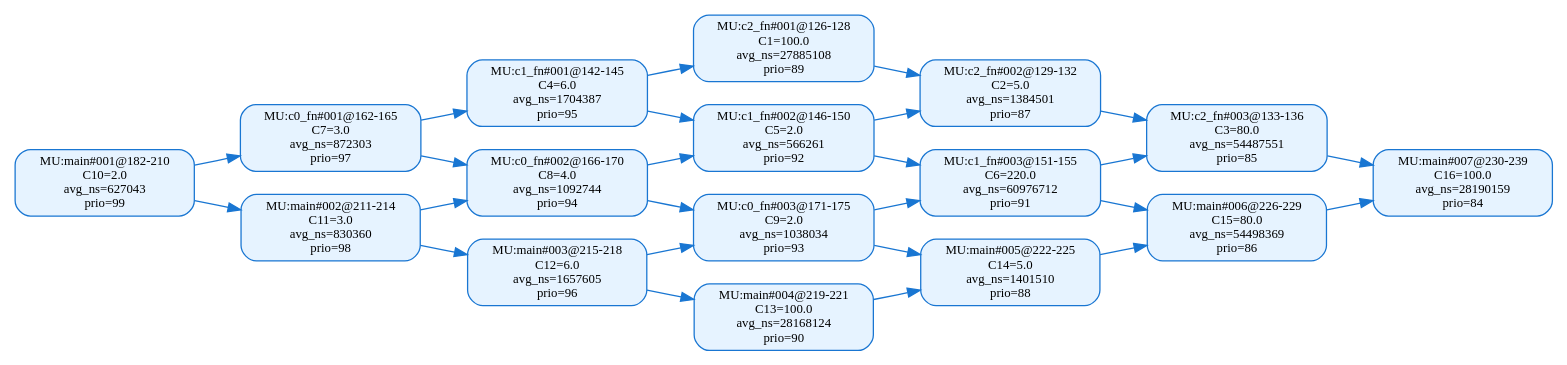
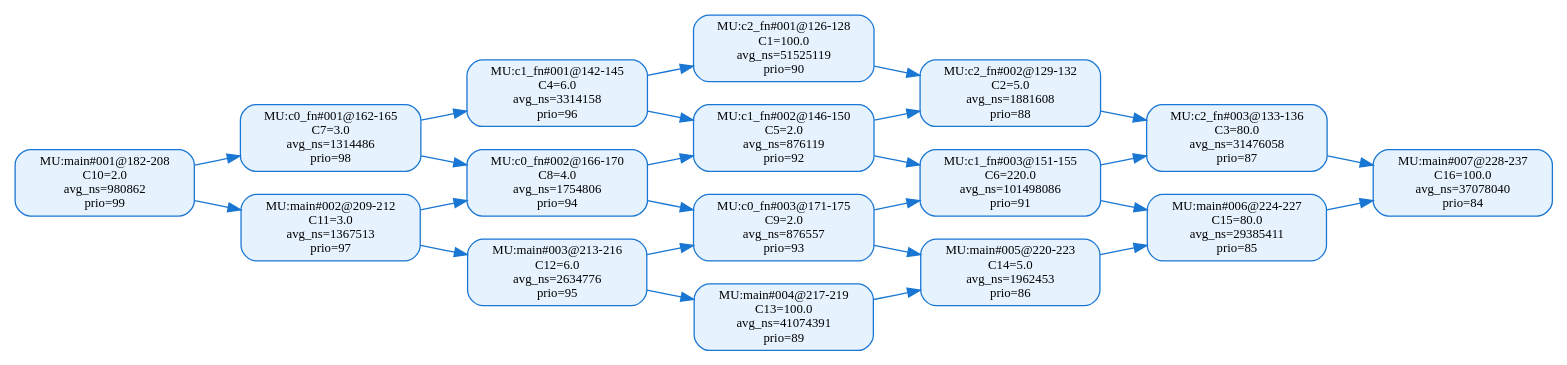
One commit to RTS-SYSU/DAG-Gen changed the diagram in 中间结果/zhang1/pipeline/validation/level2/effective_line_merge/heft/dag_seg_annotated_value.dot. Above: the diagram before and after it, drawn with Graphviz. The commit also changed 4464 other files, not shown here.

```diff
--- a/中间结果/zhang1/pipeline/validation/level2/effective_line_merge/heft/dag_seg_annotated_value.dot
+++ b/中间结果/zhang1/pipeline/validation/level2/effective_line_merge/heft/dag_seg_annotated_value.dot
@@ -1,45 +1,45 @@
 digraph dag_seg_annotated_value {
   rankdir=LR;
   node [shape=box, style="rounded,filled", fillcolor="#E6F3FF", color="#1976D2", fontsize=10];
   edge [color="#1976D2"];
-  "MU:c0_fn#001@162-165" [label="MU:c0_fn#001@162-165\nC7=3.0\navg_ns=872303\nprio=97"];
-  "MU:c0_fn#002@166-170" [label="MU:c0_fn#002@166-170\nC8=4.0\navg_ns=1092744\nprio=94"];
-  "MU:c0_fn#003@171-175" [label="MU:c0_fn#003@171-175\nC9=2.0\navg_ns=1038034\nprio=93"];
-  "MU:c1_fn#001@142-145" [label="MU:c1_fn#001@142-145\nC4=6.0\navg_ns=1704387\nprio=95"];
-  "MU:c1_fn#002@146-150" [label="MU:c1_fn#002@146-150\nC5=2.0\navg_ns=566261\nprio=92"];
-  "MU:c1_fn#003@151-155" [label="MU:c1_fn#003@151-155\nC6=220.0\navg_ns=60976712\nprio=91"];
-  "MU:c2_fn#001@126-128" [label="MU:c2_fn#001@126-128\nC1=100.0\navg_ns=27885108\nprio=89"];
-  "MU:c2_fn#002@129-132" [label="MU:c2_fn#002@129-132\nC2=5.0\navg_ns=1384501\nprio=87"];
-  "MU:c2_fn#003@133-136" [label="MU:c2_fn#003@133-136\nC3=80.0\navg_ns=54487551\nprio=85"];
-  "MU:main#001@182-210" [label="MU:main#001@182-210\nC10=2.0\navg_ns=627043\nprio=99"];
-  "MU:main#002@211-214" [label="MU:main#002@211-214\nC11=3.0\navg_ns=830360\nprio=98"];
-  "MU:main#003@215-218" [label="MU:main#003@215-218\nC12=6.0\navg_ns=1657605\nprio=96"];
-  "MU:main#004@219-221" [label="MU:main#004@219-221\nC13=100.0\navg_ns=28168124\nprio=90"];
-  "MU:main#005@222-225" [label="MU:main#005@222-225\nC14=5.0\navg_ns=1401510\nprio=88"];
-  "MU:main#006@226-229" [label="MU:main#006@226-229\nC15=80.0\navg_ns=54498369\nprio=86"];
-  "MU:main#007@230-239" [label="MU:main#007@230-239\nC16=100.0\navg_ns=28190159\nprio=84"];
+  "MU:c0_fn#001@162-165" [label="MU:c0_fn#001@162-165\nC7=3.0\navg_ns=1314486\nprio=98"];
+  "MU:c0_fn#002@166-170" [label="MU:c0_fn#002@166-170\nC8=4.0\navg_ns=1754806\nprio=94"];
+  "MU:c0_fn#003@171-175" [label="MU:c0_fn#003@171-175\nC9=2.0\navg_ns=876557\nprio=93"];
+  "MU:c1_fn#001@142-145" [label="MU:c1_fn#001@142-145\nC4=6.0\navg_ns=3314158\nprio=96"];
+  "MU:c1_fn#002@146-150" [label="MU:c1_fn#002@146-150\nC5=2.0\navg_ns=876119\nprio=92"];
+  "MU:c1_fn#003@151-155" [label="MU:c1_fn#003@151-155\nC6=220.0\navg_ns=101498086\nprio=91"];
+  "MU:c2_fn#001@126-128" [label="MU:c2_fn#001@126-128\nC1=100.0\navg_ns=51525119\nprio=90"];
+  "MU:c2_fn#002@129-132" [label="MU:c2_fn#002@129-132\nC2=5.0\navg_ns=1881608\nprio=88"];
+  "MU:c2_fn#003@133-136" [label="MU:c2_fn#003@133-136\nC3=80.0\navg_ns=31476058\nprio=87"];
+  "MU:main#001@182-208" [label="MU:main#001@182-208\nC10=2.0\navg_ns=980862\nprio=99"];
+  "MU:main#002@209-212" [label="MU:main#002@209-212\nC11=3.0\navg_ns=1367513\nprio=97"];
+  "MU:main#003@213-216" [label="MU:main#003@213-216\nC12=6.0\navg_ns=2634776\nprio=95"];
+  "MU:main#004@217-219" [label="MU:main#004@217-219\nC13=100.0\navg_ns=41074391\nprio=89"];
+  "MU:main#005@220-223" [label="MU:main#005@220-223\nC14=5.0\navg_ns=1962453\nprio=86"];
+  "MU:main#006@224-227" [label="MU:main#006@224-227\nC15=80.0\navg_ns=29385411\nprio=85"];
+  "MU:main#007@228-237" [label="MU:main#007@228-237\nC16=100.0\navg_ns=37078040\nprio=84"];
   "MU:c2_fn#001@126-128" -> "MU:c2_fn#002@129-132";
   "MU:c2_fn#002@129-132" -> "MU:c2_fn#003@133-136";
   "MU:c1_fn#001@142-145" -> "MU:c1_fn#002@146-150";
   "MU:c1_fn#002@146-150" -> "MU:c1_fn#003@151-155";
   "MU:c0_fn#001@162-165" -> "MU:c0_fn#002@166-170";
   "MU:c0_fn#002@166-170" -> "MU:c0_fn#003@171-175";
-  "MU:main#001@182-210" -> "MU:main#002@211-214";
-  "MU:main#002@211-214" -> "MU:main#003@215-218";
-  "MU:main#003@215-218" -> "MU:main#004@219-221";
-  "MU:main#004@219-221" -> "MU:main#005@222-225";
-  "MU:main#005@222-225" -> "MU:main#006@226-229";
-  "MU:main#006@226-229" -> "MU:main#007@230-239";
+  "MU:main#001@182-208" -> "MU:main#002@209-212";
+  "MU:main#002@209-212" -> "MU:main#003@213-216";
+  "MU:main#003@213-216" -> "MU:main#004@217-219";
+  "MU:main#004@217-219" -> "MU:main#005@220-223";
+  "MU:main#005@220-223" -> "MU:main#006@224-227";
+  "MU:main#006@224-227" -> "MU:main#007@228-237";
   "MU:c0_fn#001@162-165" -> "MU:c1_fn#001@142-145";
   "MU:c1_fn#001@142-145" -> "MU:c2_fn#001@126-128";
-  "MU:main#001@182-210" -> "MU:c0_fn#001@162-165";
-  "MU:c0_fn#003@171-175" -> "MU:main#005@222-225";
-  "MU:c1_fn#003@151-155" -> "MU:main#006@226-229";
-  "MU:c2_fn#003@133-136" -> "MU:main#007@230-239";
+  "MU:main#001@182-208" -> "MU:c0_fn#001@162-165";
+  "MU:c0_fn#003@171-175" -> "MU:main#005@220-223";
+  "MU:c1_fn#003@151-155" -> "MU:main#006@224-227";
+  "MU:c2_fn#003@133-136" -> "MU:main#007@228-237";
   "MU:c1_fn#002@146-150" -> "MU:c2_fn#002@129-132";
   "MU:c1_fn#003@151-155" -> "MU:c2_fn#003@133-136";
   "MU:c0_fn#002@166-170" -> "MU:c1_fn#002@146-150";
   "MU:c0_fn#003@171-175" -> "MU:c1_fn#003@151-155";
-  "MU:main#002@211-214" -> "MU:c0_fn#002@166-170";
-  "MU:main#003@215-218" -> "MU:c0_fn#003@171-175";
+  "MU:main#002@209-212" -> "MU:c0_fn#002@166-170";
+  "MU:main#003@213-216" -> "MU:c0_fn#003@171-175";
 }
```
